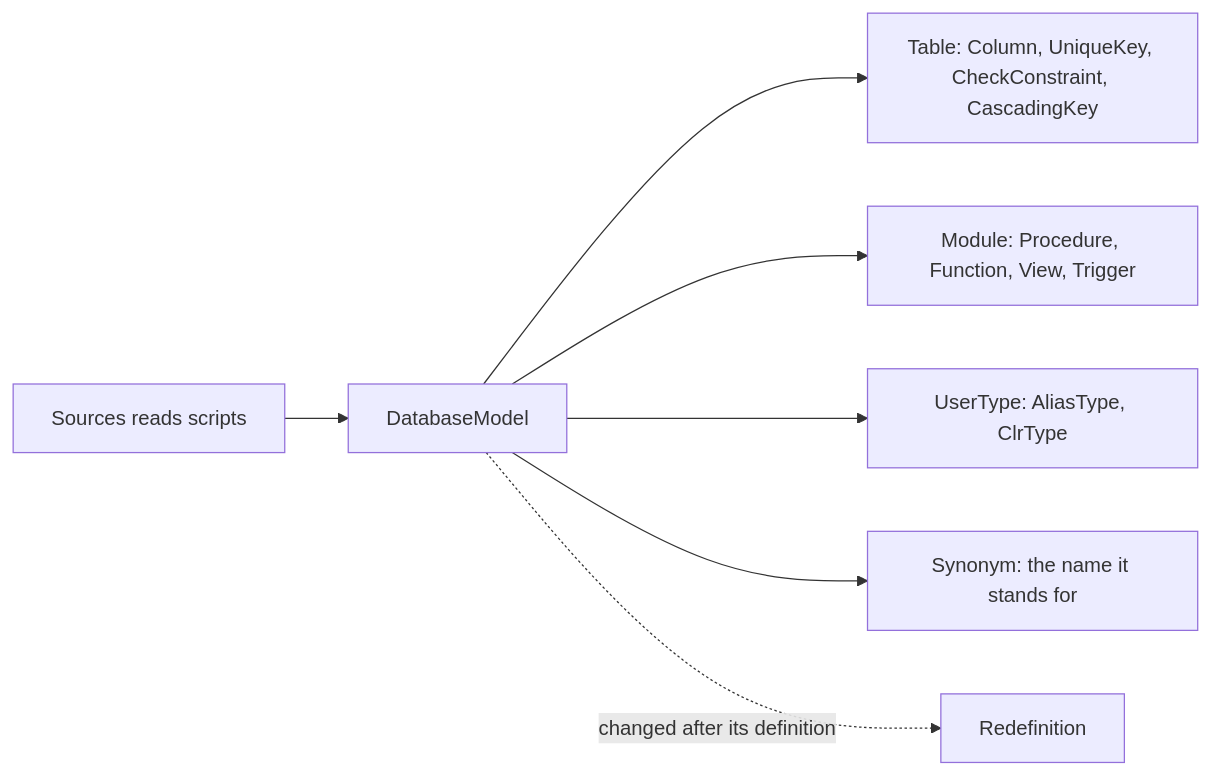
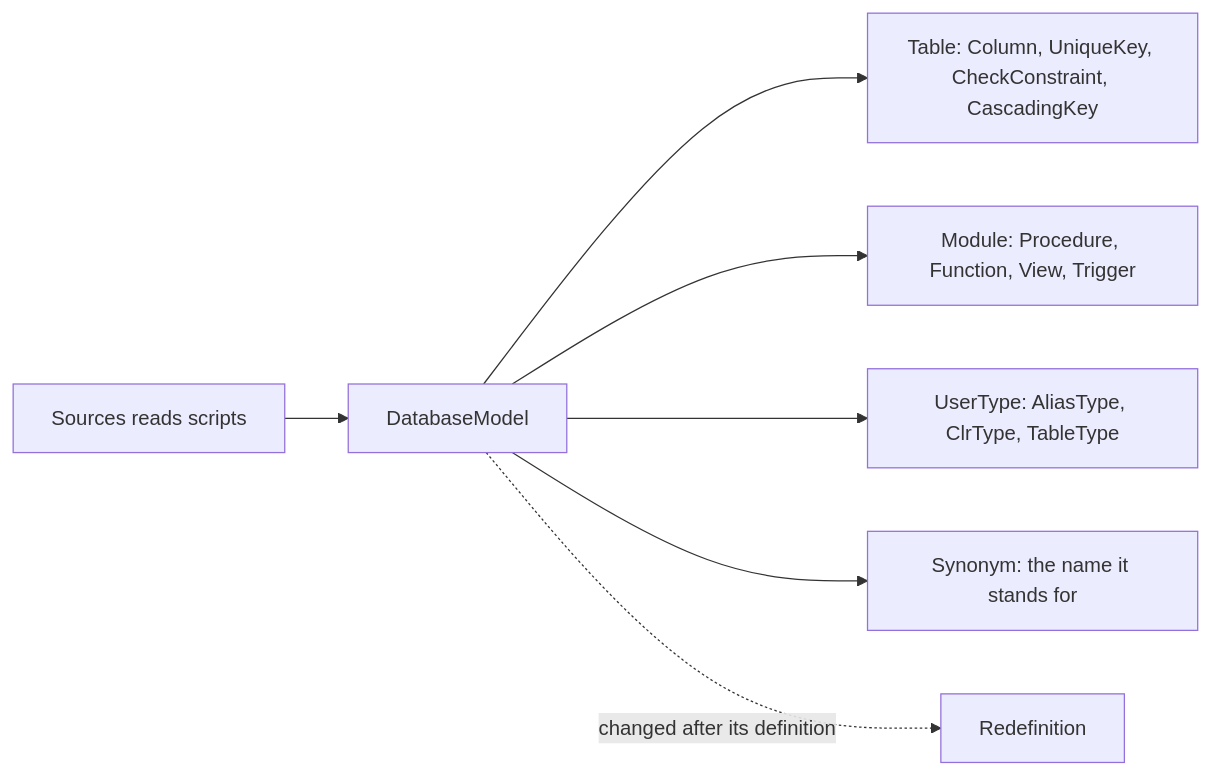
Before and after one commit to haruspex-tools/haruspex: the diagram in src/Haruspex.SqlServer.Model/README.md, drawn with Mermaid. The commit also changed other lines of this file and 164 other files, not shown here.

````diff
--- a/src/Haruspex.SqlServer.Model/README.md
+++ b/src/Haruspex.SqlServer.Model/README.md
@@ -24,9 +25,9 @@
 ```mermaid
 flowchart LR
     sources["Sources reads scripts"] --> model["DatabaseModel"]
     model --> tables["Table: Column, UniqueKey, CheckConstraint, CascadingKey"]
     model --> code["Module: Procedure, Function, View, Trigger"]
-    model --> types["UserType: AliasType, ClrType"]
+    model --> types["UserType: AliasType, ClrType, TableType"]
     model --> named["Synonym: the name it stands for"]
     model -.->|changed after its definition| redefinition["Redefinition"]
 ```
````
